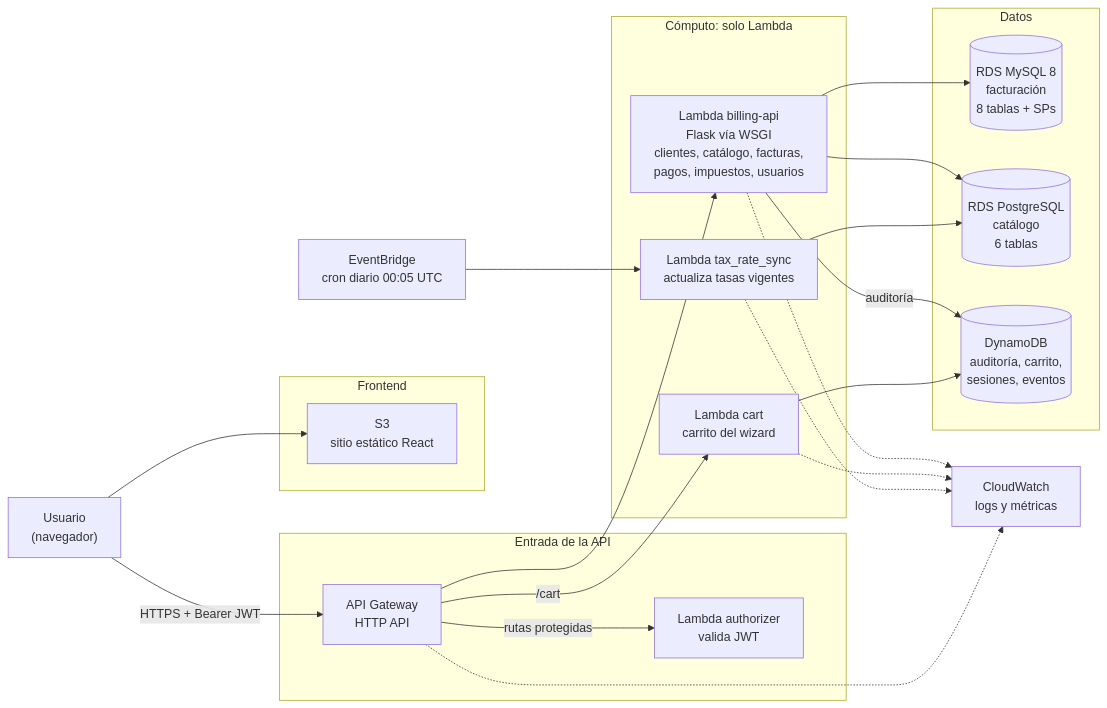
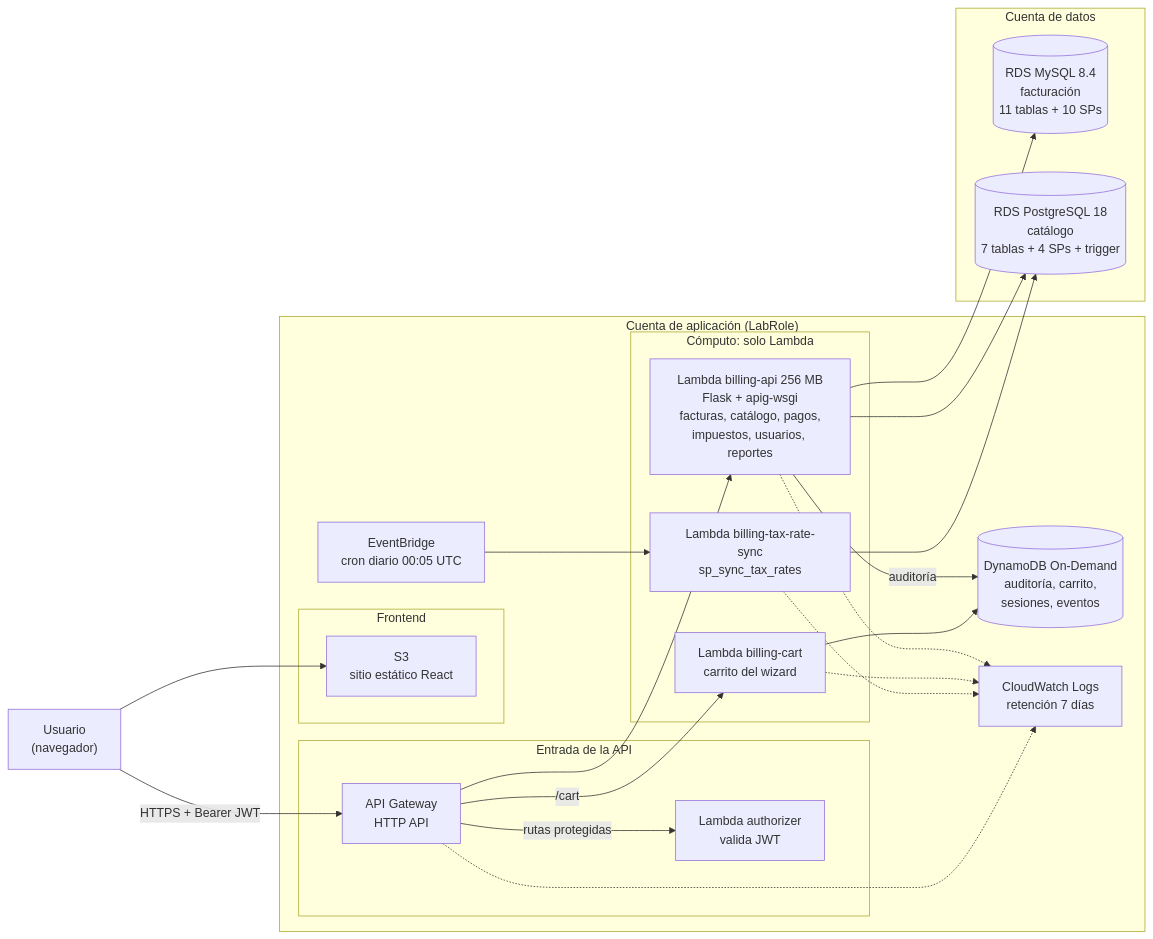
The diagram in docs/01-arquitectura-aws.md (getsai18/optativateam), drawn with Mermaid before and after one commit. The commit also changed other lines of this file and 16 other files, not shown here.

````diff
--- a/docs/01-arquitectura-aws.md
+++ b/docs/01-arquitectura-aws.md
@@ -3,44 +5,46 @@
 ```mermaid
 flowchart LR
     U["Usuario<br/>(navegador)"]
 
+    subgraph APP["Cuenta de aplicación (LabRole)"]
     subgraph FE["Frontend"]
         S3["S3<br/>sitio estático React"]
     end
 
     subgraph API["Entrada de la API"]
         APIGW["API Gateway<br/>HTTP API"]
         AUTH["Lambda authorizer<br/>valida JWT"]
     end
 
     subgraph COMPUTE["Cómputo: solo Lambda"]
-        L_API["Lambda billing-api<br/>Flask vía WSGI<br/>clientes, catálogo, facturas,<br/>pagos, impuestos, usuarios"]
-        L_CART["Lambda cart<br/>carrito del wizard"]
-        L_TAX["Lambda tax_rate_sync<br/>actualiza tasas vigentes"]
+        L_API["Lambda billing-api 256 MB<br/>Flask + apig-wsgi<br/>facturas, catálogo, pagos,<br/>impuestos, usuarios, reportes"]
+        L_CART["Lambda billing-cart<br/>carrito del wizard"]
+        L_TAX["Lambda billing-tax-rate-sync<br/>sp_sync_tax_rates"]
     end
 
-    subgraph DATA["Datos"]
-        MYSQL[("RDS MySQL 8<br/>facturación<br/>8 tablas + SPs")]
-        PG[("RDS PostgreSQL<br/>catálogo<br/>6 tablas")]
-        DDB[("DynamoDB<br/>auditoría, carrito,<br/>sesiones, eventos")]
+    DDB[("DynamoDB On-Demand<br/>auditoría, carrito,<br/>sesiones, eventos")]
+    EB["EventBridge<br/>cron diario 00:05 UTC"]
+    CW["CloudWatch Logs<br/>retención 7 días"]
     end
 
-    EB["EventBridge<br/>cron diario 00:05 UTC"]
-    CW["CloudWatch<br/>logs y métricas"]
+    subgraph DATA["Cuenta de datos"]
+        MYSQL[("RDS MySQL 8.4<br/>facturación<br/>11 tablas + 10 SPs")]
+        PG[("RDS PostgreSQL 18<br/>catálogo<br/>7 tablas + 4 SPs + trigger")]
+    end
 
     U --> S3
     U -->|"HTTPS + Bearer JWT"| APIGW
     APIGW -->|"rutas protegidas"| AUTH
     APIGW --> L_API
     APIGW -->|"/cart"| L_CART
     L_API --> MYSQL
     L_API --> PG
     L_API -->|"auditoría"| DDB
     L_CART --> DDB
     EB --> L_TAX
     L_TAX --> PG
     L_API -.-> CW
     L_CART -.-> CW
     L_TAX -.-> CW
     APIGW -.-> CW
 ```
````
